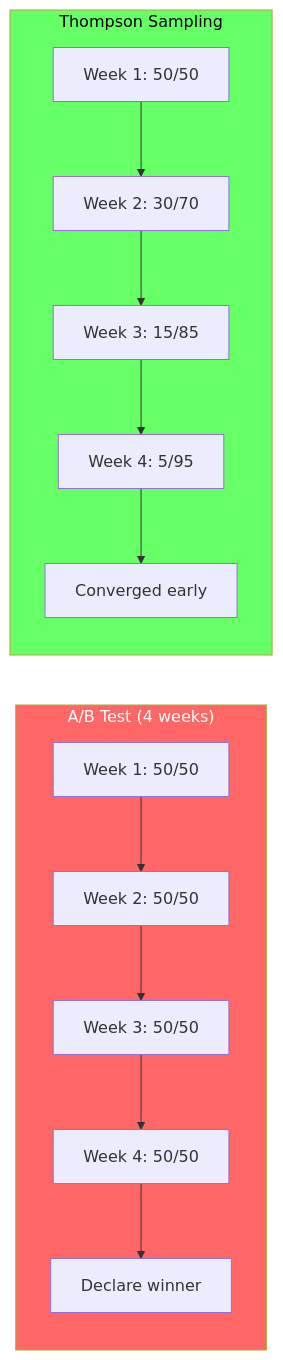
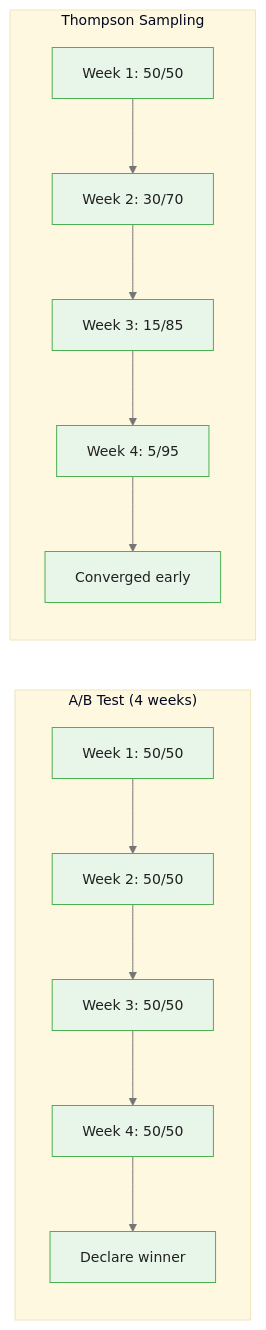
The first of 4 diagrams in courses/multi-armed-bandits-ab-testing/modules/module_04_content_growth_optimization/guides/02_conversion_optimization_slides.md (m-deane/course-creator), drawn with Mermaid before and after one commit. The commit also changed other lines of this file and 146 other files, not shown here.

````diff
--- a/courses/multi-armed-bandits-ab-testing/modules/module_04_content_growth_optimization/guides/02_conversion_optimization_slides.md
+++ b/courses/multi-armed-bandits-ab-testing/modules/module_04_content_growth_optimization/guides/02_conversion_optimization_slides.md
@@ -34,18 +41,16 @@
 ```mermaid
+%%{init: {"theme": "base", "themeVariables": {"primaryColor": "#e8f5e9", "primaryBorderColor": "#4caf50", "primaryTextColor": "#212121", "secondaryColor": "#e3f2fd", "tertiaryColor": "#fff8e1", "lineColor": "#757575", "fontFamily": "Inter, sans-serif", "fontSize": "14px"}}}%%
 flowchart LR
     subgraph AB["A/B Test (4 weeks)"]
         A1["Week 1: 50/50"] --> A2["Week 2: 50/50"]
         A2 --> A3["Week 3: 50/50"]
         A3 --> A4["Week 4: 50/50"]
         A4 --> AD["Declare winner"]
     end
     subgraph TS["Thompson Sampling"]
         T1["Week 1: 50/50"] --> T2["Week 2: 30/70"]
         T2 --> T3["Week 3: 15/85"]
         T3 --> T4["Week 4: 5/95"]
         T4 --> TC["Converged early"]
     end
-
-    style AB fill:#f66,color:#fff
-    style TS fill:#6f6,color:#000
 ```
````
